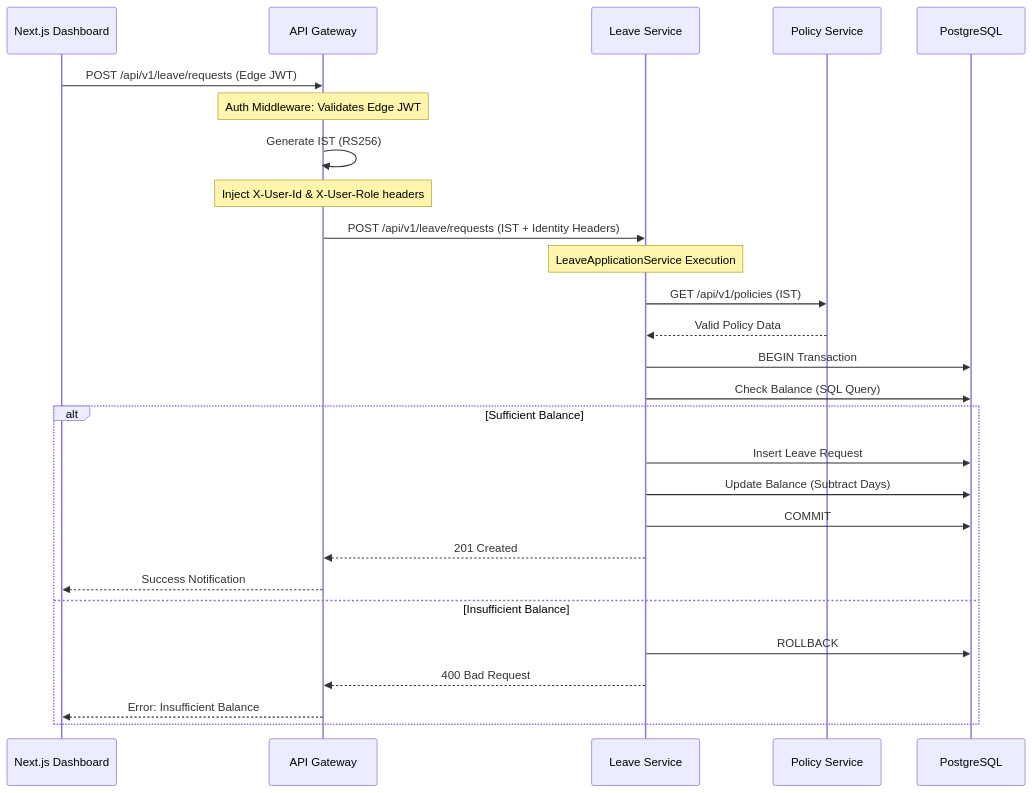
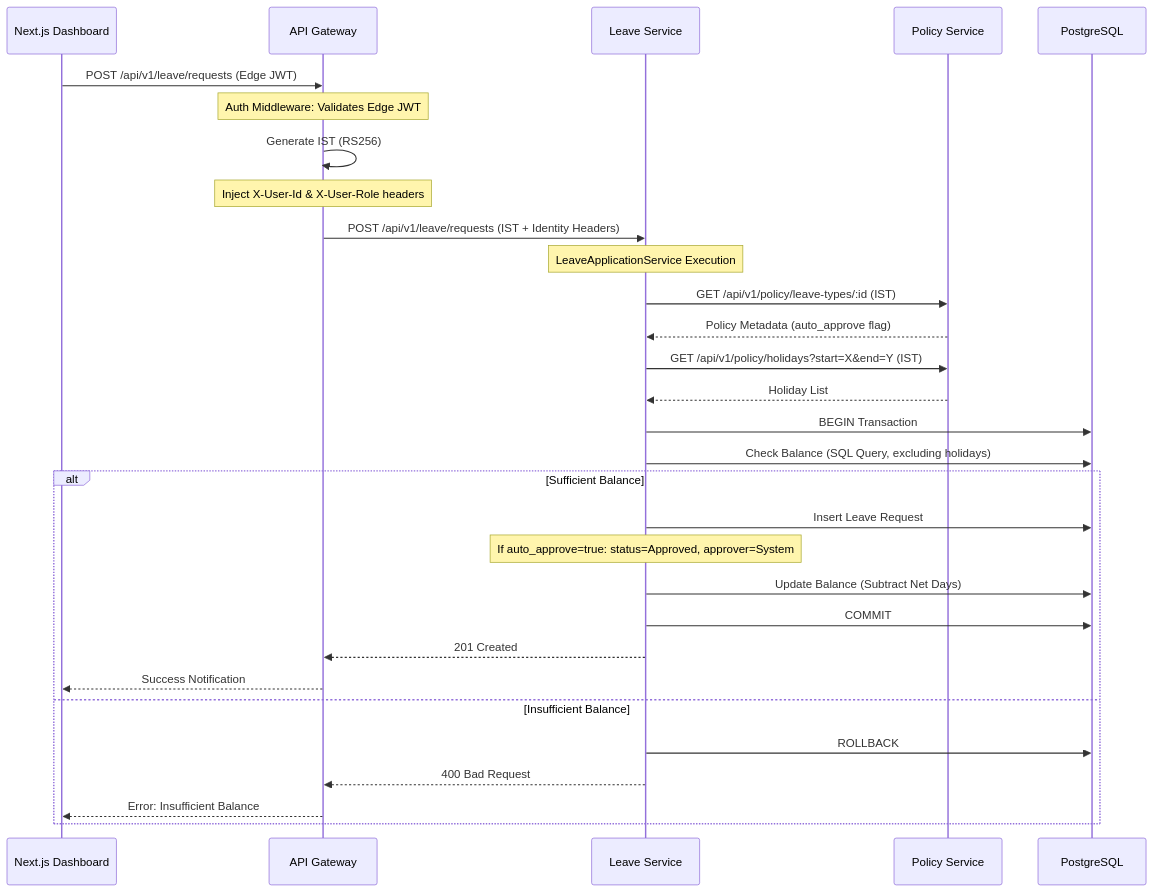
Before and after one commit to democryst/leave-management: the diagram in Documentation/Technical-Design.md, drawn with Mermaid. The commit also changed other lines of this file and 3 other files, not shown here.

````diff
--- a/Documentation/Technical-Design.md
+++ b/Documentation/Technical-Design.md
@@ -6,32 +6,35 @@
 ```mermaid
 sequenceDiagram
     participant UI as Next.js Dashboard
     participant GW as API Gateway
     participant LV as Leave Service
     participant PL as Policy Service
     participant DB as PostgreSQL
 
     UI->>GW: POST /api/v1/leave/requests (Edge JWT)
     Note over GW: Auth Middleware: Validates Edge JWT
     GW->>GW: Generate IST (RS256)
     Note over GW: Inject X-User-Id & X-User-Role headers
     GW->>LV: POST /api/v1/leave/requests (IST + Identity Headers)
     
     Note over LV: LeaveApplicationService Execution
-    LV->>PL: GET /api/v1/policies (IST)
-    PL-->>LV: Valid Policy Data
+    LV->>PL: GET /api/v1/policy/leave-types/:id (IST)
+    PL-->>LV: Policy Metadata (auto_approve flag)
+    LV->>PL: GET /api/v1/policy/holidays?start=X&end=Y (IST)
+    PL-->>LV: Holiday List
     
     LV->>DB: BEGIN Transaction
-    LV->>DB: Check Balance (SQL Query)
+    LV->>DB: Check Balance (SQL Query, excluding holidays)
     alt Sufficient Balance
         LV->>DB: Insert Leave Request
-        LV->>DB: Update Balance (Subtract Days)
+        Note over LV: If auto_approve=true: status=Approved, approver=System
+        LV->>DB: Update Balance (Subtract Net Days)
         LV->>DB: COMMIT
         LV-->>GW: 201 Created
         GW-->>UI: Success Notification
     else Insufficient Balance
         LV->>DB: ROLLBACK
         LV-->>GW: 400 Bad Request
         GW-->>UI: Error: Insufficient Balance
     end
 ```
````
